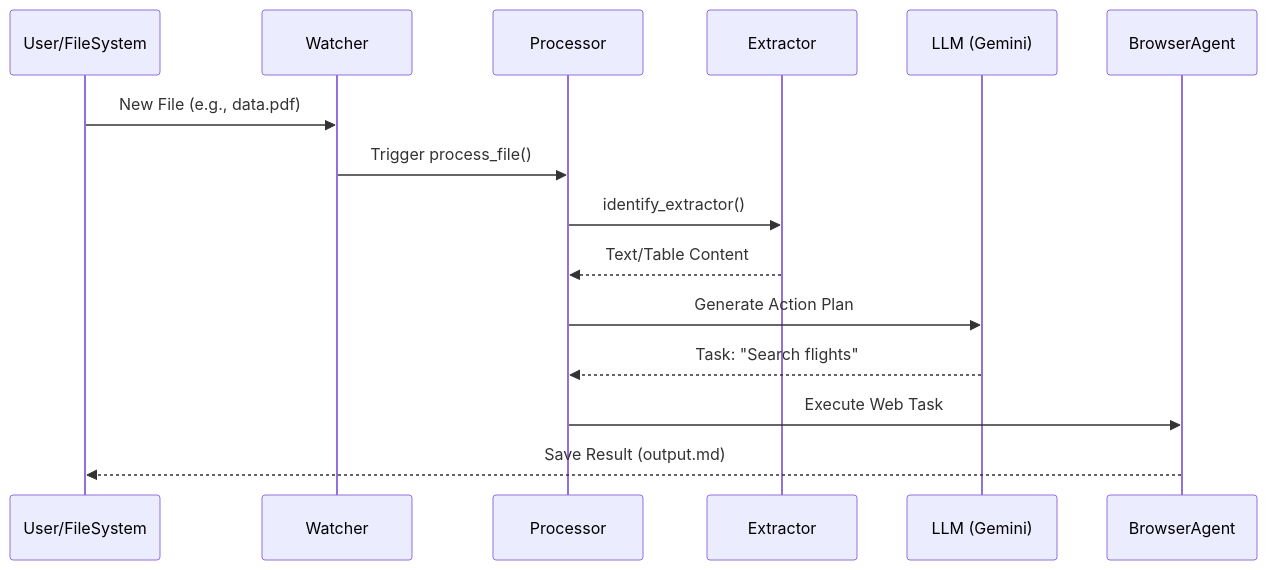
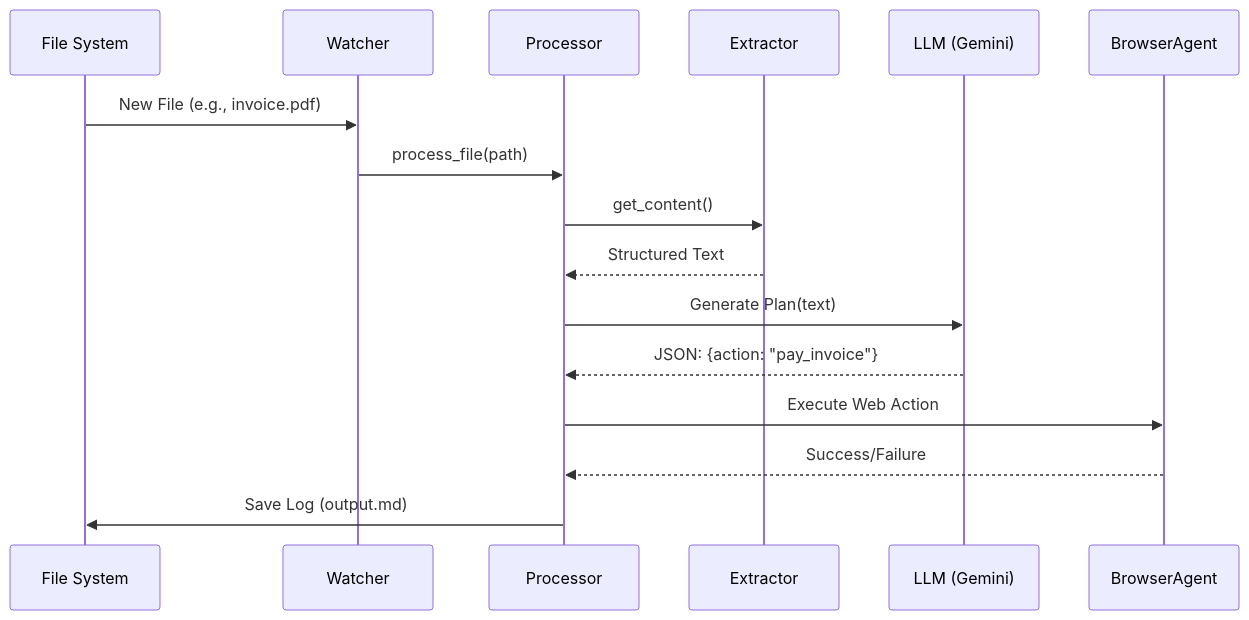
Before and after one commit to WomB0ComB0/browser-use: the second of 2 diagrams in README.md, drawn with Mermaid. The commit also changed other lines of this file, not shown here.

````diff
--- a/README.md
+++ b/README.md
@@ -96,18 +101,19 @@
 ```mermaid
 sequenceDiagram
-    participant U as User/FileSystem
+    participant U as File System
     participant W as Watcher
     participant P as Processor
     participant E as Extractor
     participant L as LLM (Gemini)
     participant B as BrowserAgent
 
-    U->>W: New File (e.g., data.pdf)
-    W->>P: Trigger process_file()
-    P->>E: identify_extractor()
-    E-->>P: Text/Table Content
-    P->>L: Generate Action Plan
-    L-->>P: Task: "Search flights"
-    P->>B: Execute Web Task
-    B-->>U: Save Result (output.md)
+    U->>W: New File (e.g., invoice.pdf)
+    W->>P: process_file(path)
+    P->>E: get_content()
+    E-->>P: Structured Text
+    P->>L: Generate Plan(text)
+    L-->>P: JSON: {action: "pay_invoice"}
+    P->>B: Execute Web Action
+    B-->>P: Success/Failure
+    P->>U: Save Log (output.md)
 ```
````
